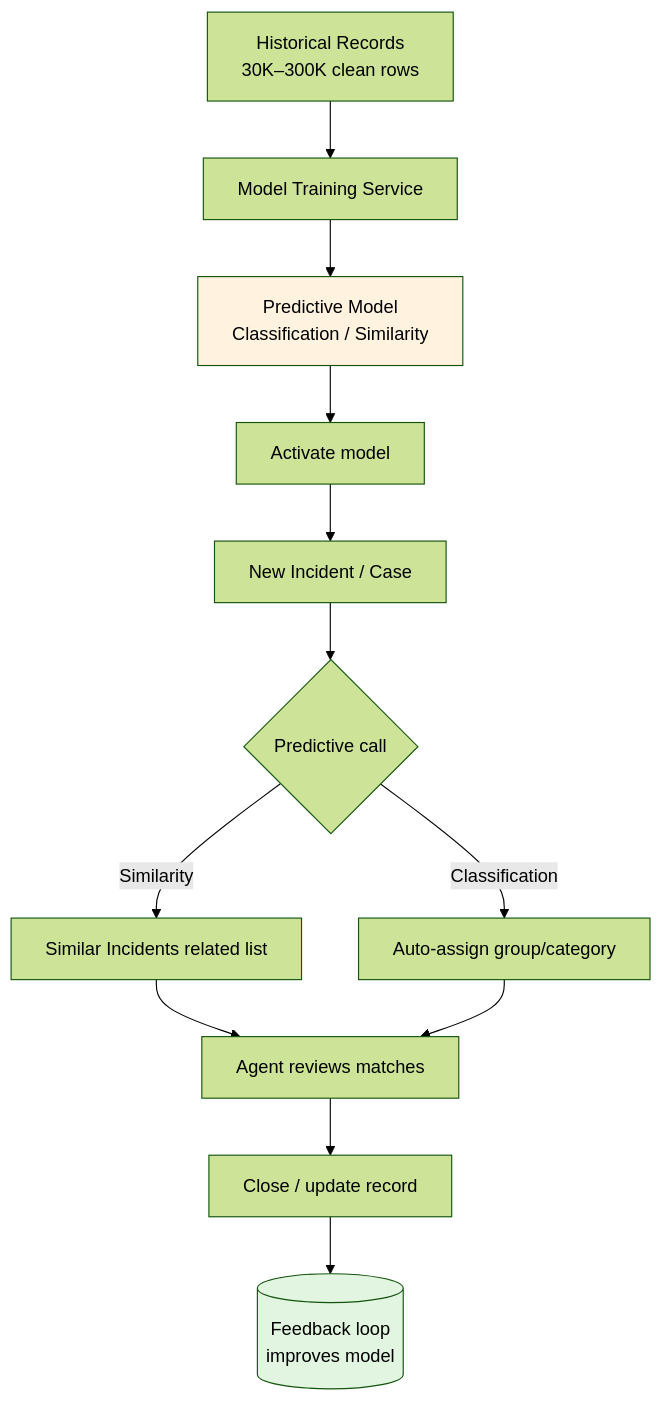
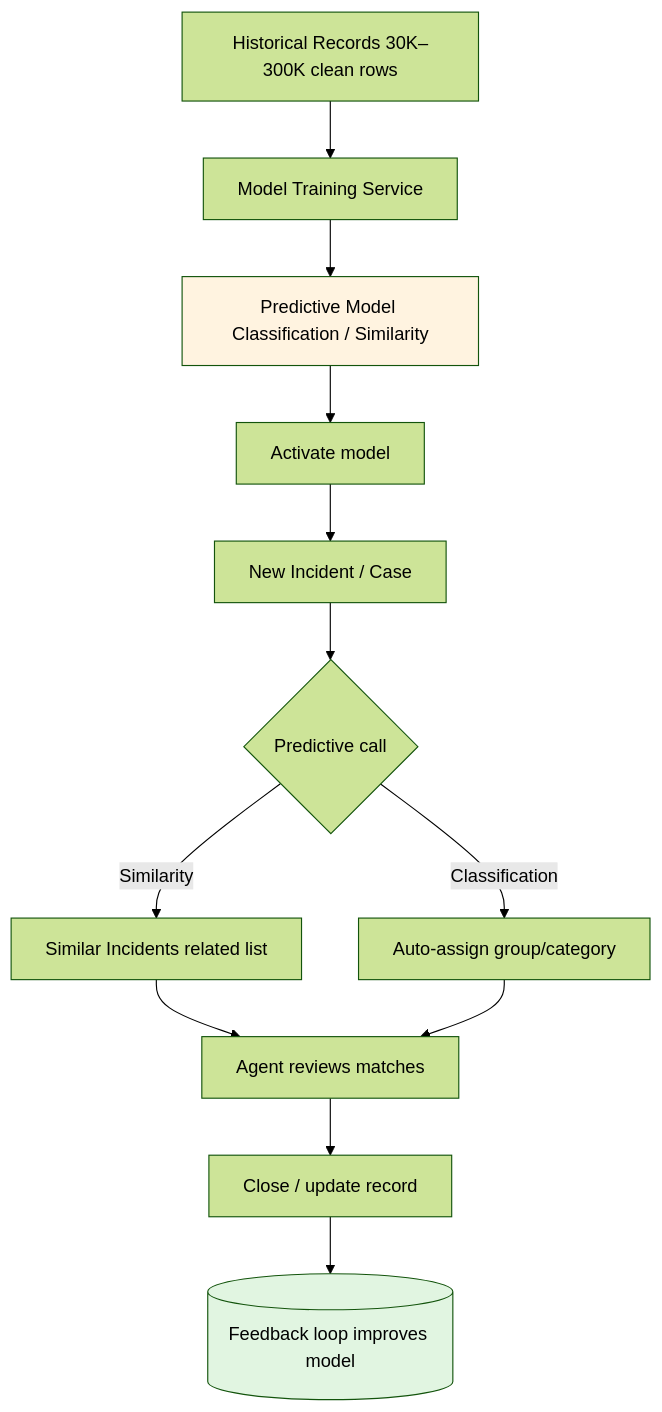
The fourth of 6 diagrams in docs/modules/ai/ai-guide.md (eltonaguiar/ServiceNow_Learning_TSOM-_CSM_FSM_SalesCRM_HAM_ITSM), drawn with Mermaid (forest theme) before and after one commit. The commit also changed other lines of this file and 11 other files, not shown here.

First line of the commit message:
Fix all mermaid diagrams: remove br/ tags that break rendering on GitHub Pages

````diff
--- a/docs/modules/ai/ai-guide.md
+++ b/docs/modules/ai/ai-guide.md
@@ -889,17 +889,17 @@
 ```mermaid
 graph TD
-    Hist["Historical Records<br/>30K–300K clean rows"] --> Train[Model Training Service]
-    Train --> Model[Predictive Model<br/>Classification / Similarity]
+    Hist["Historical Records 30K–300K clean rows"] --> Train[Model Training Service]
+    Train --> Model[Predictive Model Classification / Similarity]
     Model --> Deploy[Activate model]
     Deploy --> New[New Incident / Case]
     New --> Predict{Predictive call}
     Predict -->|Classification| Assign[Auto-assign group/category]
     Predict -->|Similarity| Sim[Similar Incidents related list]
     Sim --> Agent[Agent reviews matches]
     Assign --> Agent
     Agent --> Close[Close / update record]
-    Close --> Feed[(Feedback loop<br/>improves model)]
+    Close --> Feed[(Feedback loop improves model)]
 
     style Model fill:#fff3e0,color:#000
     style Feed fill:#e1f5e1,color:#000
 ```
````
